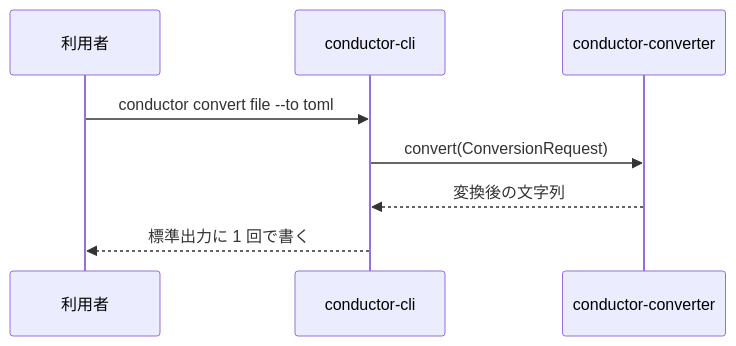
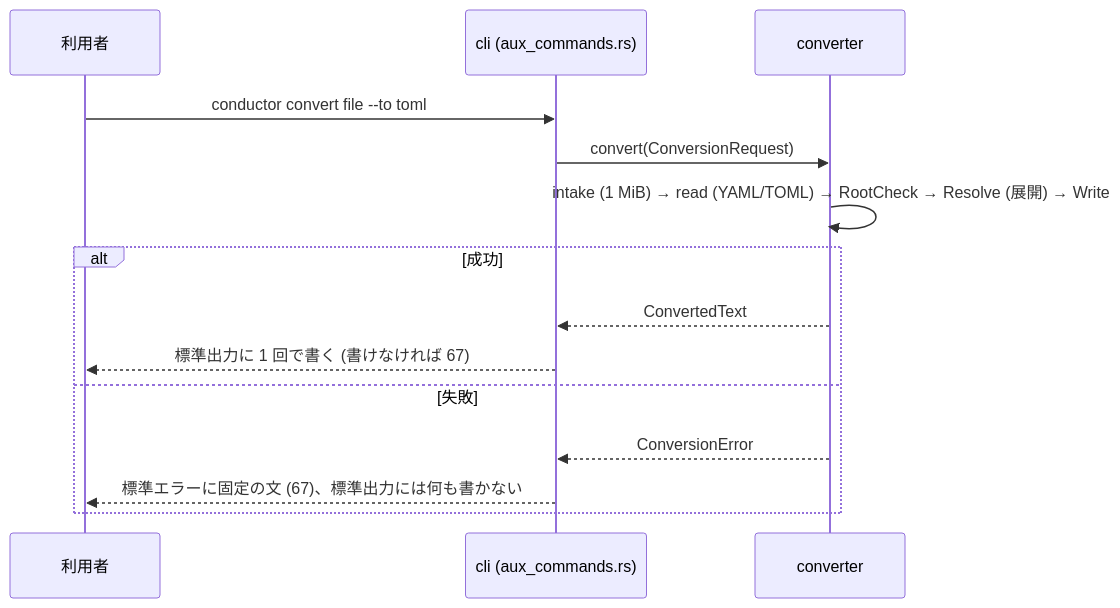
Before and after one commit to agwlvssainokuni/rust-job-conductor: the fourth of 4 diagrams in aidlc/spaces/default/codekb/rust-job-conductor/architecture.md, drawn with Mermaid. The commit also changed other lines of this file and 11 other files, not shown here.

````diff
--- a/aidlc/spaces/default/codekb/rust-job-conductor/architecture.md
+++ b/aidlc/spaces/default/codekb/rust-job-conductor/architecture.md
@@ -70,10 +168,16 @@
 ```mermaid
 sequenceDiagram
-  participant U as 利用者
-  participant CLI as conductor-cli
-  participant CONV as conductor-converter
-  U->>CLI: conductor convert file --to toml
-  CLI->>CONV: convert(ConversionRequest)
-  CONV-->>CLI: 変換後の文字列
-  CLI-->>U: 標準出力に 1 回で書く
+    participant U as 利用者
+    participant CLI as cli (aux_commands.rs)
+    participant CV as converter
+    U->>CLI: conductor convert file --to toml
+    CLI->>CV: convert(ConversionRequest)
+    CV->>CV: intake (1 MiB) → read (YAML/TOML) → RootCheck → Resolve (展開) → Write
+    alt 成功
+        CV-->>CLI: ConvertedText
+        CLI-->>U: 標準出力に 1 回で書く (書けなければ 67)
+    else 失敗
+        CV-->>CLI: ConversionError
+        CLI-->>U: 標準エラーに固定の文 (67)、標準出力には何も書かない
+    end
 ```
````
